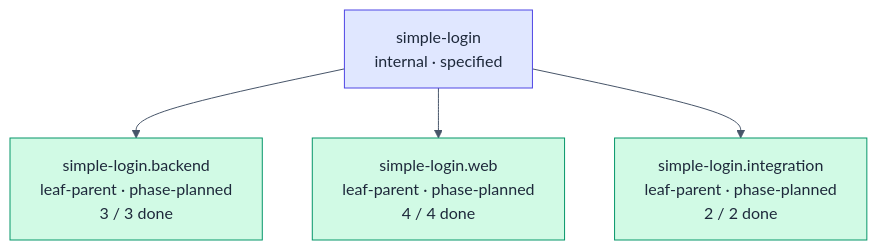
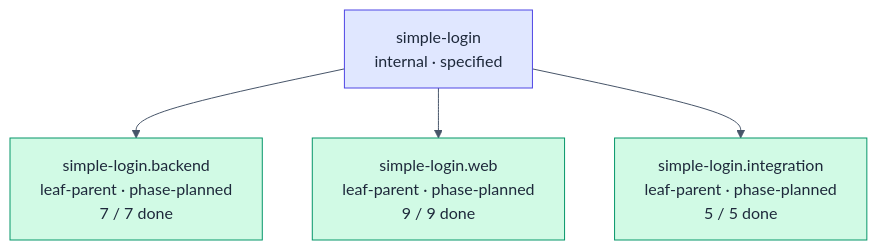
The first of 4 diagrams in docs/tutorial/meeting-rooms/execute/hsdd/management/atlas.md (mpurbo/hsdd), drawn with Mermaid before and after one commit. The commit also changed other lines of this file and 4 other files, not shown here.

````diff
--- a/docs/tutorial/meeting-rooms/execute/hsdd/management/atlas.md
+++ b/docs/tutorial/meeting-rooms/execute/hsdd/management/atlas.md
@@ -18,17 +19,17 @@
 ```mermaid
 %%{init:{'theme':'base','themeVariables':{'primaryTextColor':'#1e293b','lineColor':'#475569','edgeLabelBackground':'#ffffff','tertiaryTextColor':'#1e293b'}}}%%
 flowchart TD
     root["simple-login<br/>internal · specified"]
-    be["simple-login.backend<br/>leaf-parent · phase-planned<br/>3 / 3 done"]
-    we["simple-login.web<br/>leaf-parent · phase-planned<br/>4 / 4 done"]
-    it["simple-login.integration<br/>leaf-parent · phase-planned<br/>2 / 2 done"]
+    be["simple-login.backend<br/>leaf-parent · phase-planned<br/>7 / 7 done"]
+    we["simple-login.web<br/>leaf-parent · phase-planned<br/>9 / 9 done"]
+    it["simple-login.integration<br/>leaf-parent · phase-planned<br/>5 / 5 done"]
 
     root --> be
     root --> we
     root --> it
 
     style root fill:#e0e7ff,stroke:#4f46e5,color:#1e293b
     style be fill:#d1fae5,stroke:#059669,color:#1e293b
     style we fill:#d1fae5,stroke:#059669,color:#1e293b
     style it fill:#d1fae5,stroke:#059669,color:#1e293b
 ```
````
